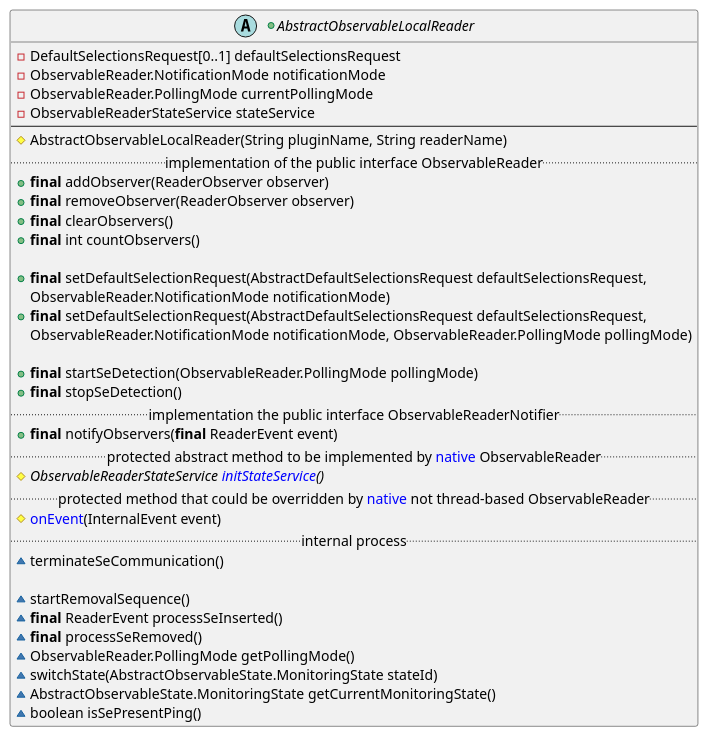
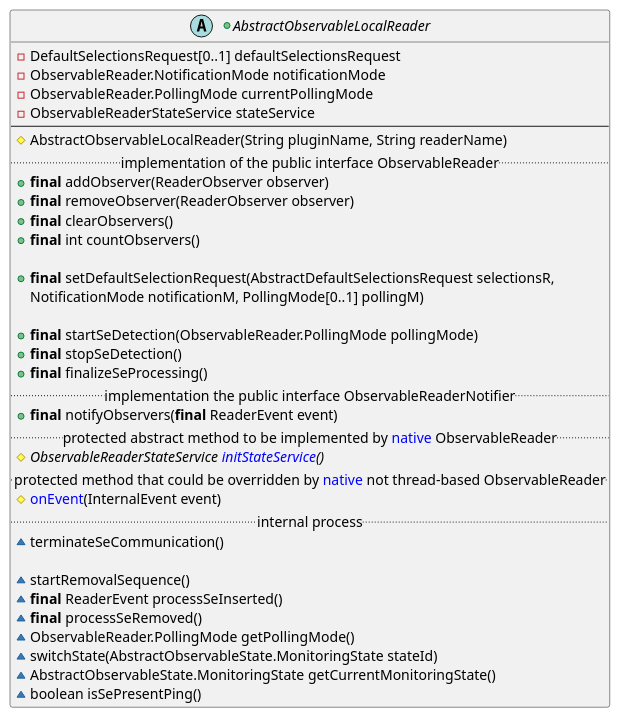
Before and after one commit to calypsonet/keyple: diagram 29 of 29 in src/KeypleCoreApi/PluginApi/puml/KeypleCore-PluginApi-ClassDiag-SE_Proxy-ClassElements.iuml, drawn with PlantUML. The commit also changed other lines of this file and 44 other files, not shown here.

Commit message:
Observable Reader states fixes

```diff
--- a/src/KeypleCoreApi/PluginApi/puml/KeypleCore-PluginApi-ClassDiag-SE_Proxy-ClassElements.iuml
+++ b/src/KeypleCoreApi/PluginApi/puml/KeypleCore-PluginApi-ClassDiag-SE_Proxy-ClassElements.iuml
@@ -650,45 +649,43 @@
 @startuml(id=PLUGIN_OBSERVABLEREADER_0_9_0)
 +abstract AbstractObservableLocalReader {
   -DefaultSelectionsRequest[0..1] defaultSelectionsRequest
   -ObservableReader.NotificationMode notificationMode
   -ObservableReader.PollingMode currentPollingMode
   -ObservableReaderStateService stateService
   --
   #AbstractObservableLocalReader(String pluginName, String readerName)
 '
   .. implementation of the public interface ObservableReader ..
   +<b>final</b> addObserver(ReaderObserver observer)
   +<b>final</b> removeObserver(ReaderObserver observer)
   +<b>final</b> clearObservers()
   +<b>final</b> int countObservers()
 
-  +<b>final</b> setDefaultSelectionRequest(AbstractDefaultSelectionsRequest defaultSelectionsRequest,
-    ObservableReader.NotificationMode notificationMode)
-  +<b>final</b> setDefaultSelectionRequest(AbstractDefaultSelectionsRequest defaultSelectionsRequest,
-    ObservableReader.NotificationMode notificationMode, ObservableReader.PollingMode pollingMode)
+  +<b>final</b> setDefaultSelectionRequest(AbstractDefaultSelectionsRequest selectionsR,
+      NotificationMode notificationM, PollingMode[0..1] pollingM)
 
   +<b>final</b> startSeDetection(ObservableReader.PollingMode pollingMode)
   +<b>final</b> stopSeDetection()
-'  +<b>final</b> notifySeProcessed()
+  +<b>final</b> finalizeSeProcessing()
 '
   .. implementation the public interface ObservableReaderNotifier ..
   +<b>final</b> notifyObservers(<b>final</b> ReaderEvent event)
 '
   .. protected abstract method to be implemented by <color:blue>native</color> ObservableReader ..
   #{abstract} ObservableReaderStateService <color:blue>initStateService</color>()
 '
   .. protected method that could be overridden by <color:blue>native</color> not thread-based ObservableReader ..
   #<color:blue>onEvent</color>(InternalEvent event)
 '
   .. internal process ..
   ~terminateSeCommunication()
 
   ~startRemovalSequence()
   ~<b>final</b> ReaderEvent processSeInserted()
   ~<b>final</b> processSeRemoved()
   ~ObservableReader.PollingMode getPollingMode()
   ~switchState(AbstractObservableState.MonitoringState stateId)
   ~AbstractObservableState.MonitoringState getCurrentMonitoringState()
   ~boolean isSePresentPing()
 }
 @enduml
```
